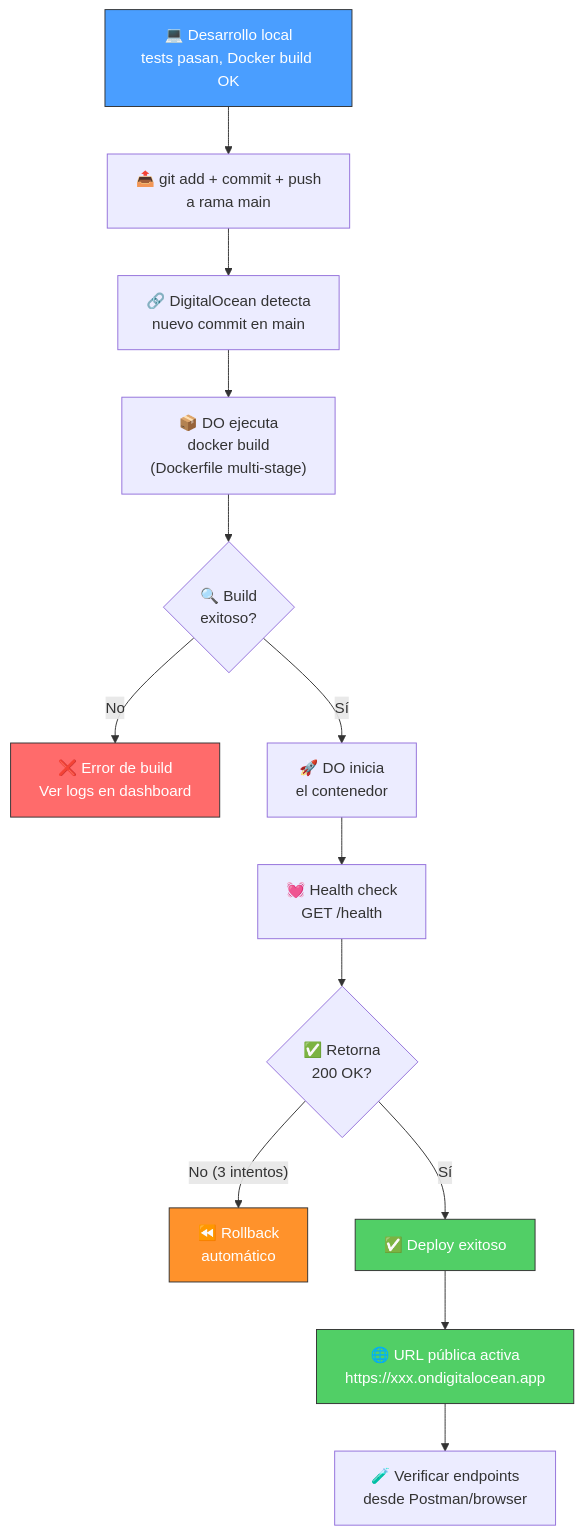
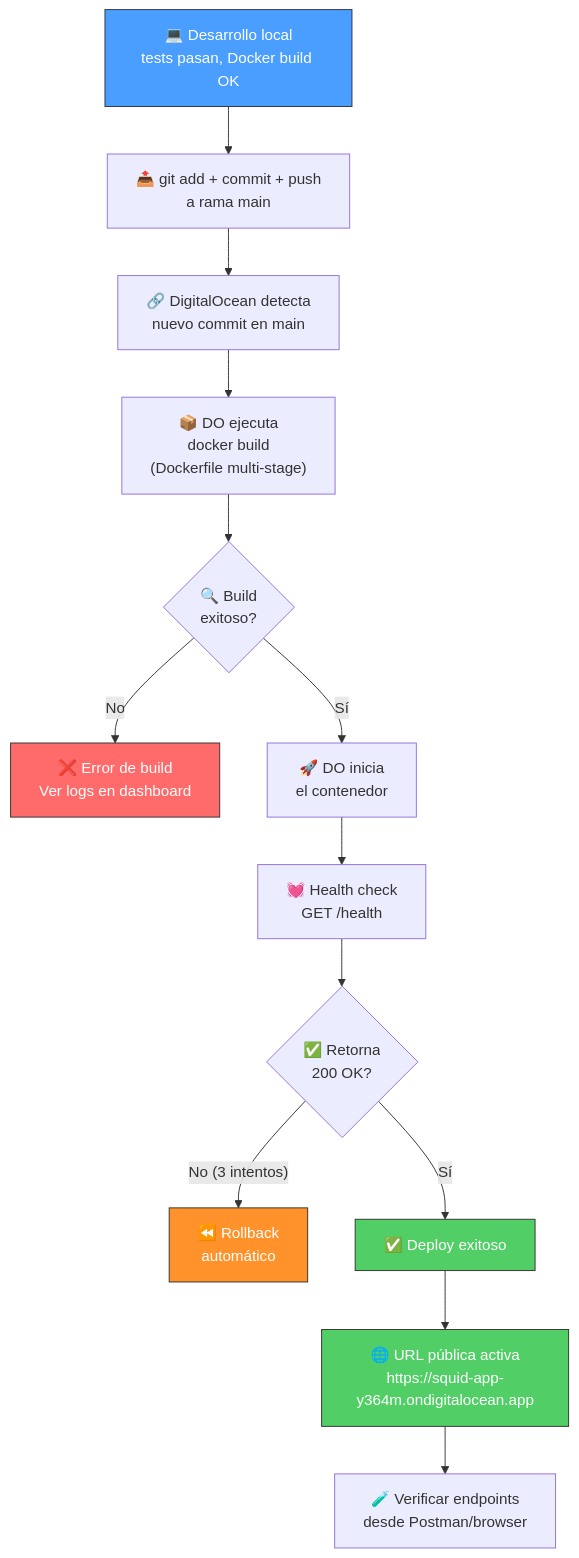
One commit to JuanSifuentesF/practica-testing changed the second of 3 diagrams in docs/guides/be/BE-06.md. Above: the diagram before and after it, drawn with Mermaid. The commit also changed other lines of this file, not shown here.

````diff
--- a/docs/guides/be/BE-06.md
+++ b/docs/guides/be/BE-06.md
@@ -289,21 +289,21 @@
 ```mermaid
 flowchart TD
     A["💻 Desarrollo local\ntests pasan, Docker build OK"] --> B["📤 git add + commit + push\na rama main"]
     B --> C["🔗 DigitalOcean detecta\nnuevo commit en main"]
     C --> D["📦 DO ejecuta\ndocker build\n(Dockerfile multi-stage)"]
     D --> E{"🔍 Build\nexitoso?"}
     E -->|"No"| F["❌ Error de build\nVer logs en dashboard"]
     E -->|"Sí"| G["🚀 DO inicia\nel contenedor"]
     G --> H["💓 Health check\nGET /health"]
     H --> I{"✅ Retorna\n200 OK?"}
     I -->|"No (3 intentos)"| J["⏪ Rollback\nautomático"]
     I -->|"Sí"| K["✅ Deploy exitoso"]
-    K --> L["🌐 URL pública activa\nhttps://xxx.ondigitalocean.app"]
+    K --> L["🌐 URL pública activa\nhttps://squid-app-y364m.ondigitalocean.app"]
     L --> M["🧪 Verificar endpoints\ndesde Postman/browser"]
 
     style A fill:#4a9eff,stroke:#333,color:#fff
     style K fill:#51cf66,stroke:#333,color:#fff
     style L fill:#51cf66,stroke:#333,color:#fff
     style F fill:#ff6b6b,stroke:#333,color:#fff
     style J fill:#ff922b,stroke:#333,color:#fff
 ```
````
